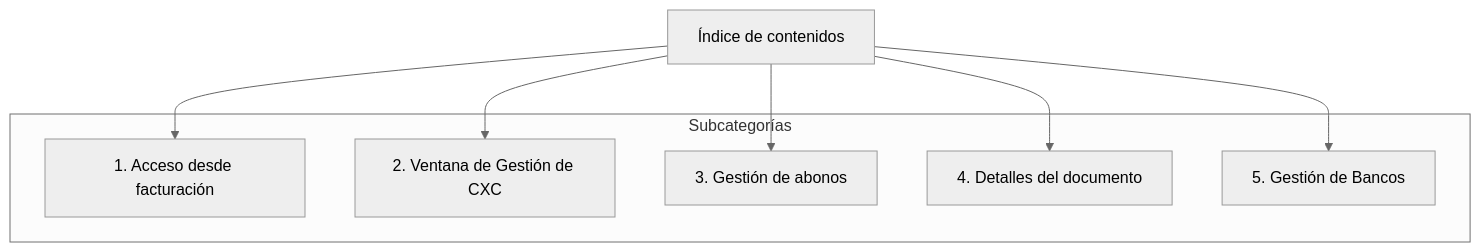
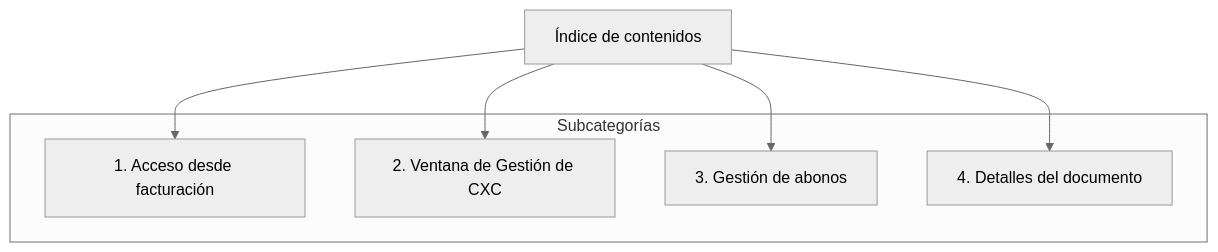
One commit to contaportable/CPDOCS changed the diagram in docs/modulos/facturacion/gestion_cuentas_por_cobrar.md. Above: the diagram before and after it, drawn with Mermaid (neutral theme). The commit also changed other lines of this file and 169 other files, not shown here.

````diff
--- a/docs/modulos/facturacion/gestion_cuentas_por_cobrar.md
+++ b/docs/modulos/facturacion/gestion_cuentas_por_cobrar.md
@@ -6,24 +6,21 @@
     ``` mermaid
     graph TD
       A[Índice de contenidos]:::root
 
       subgraph "Subcategorías"
         B[1. Acceso desde facturación]
         C[2. Ventana de Gestión de CXC]
         D[3. Gestión de abonos]
         E[4. Detalles del documento]
-        F[5. Gestión de Bancos]
       end
 
       A --> B
       A --> C
       A --> D
       A --> E
-      A --> F
 
     click B "#1-acceso-desde-facturacion" "Ir al acceso desde facturación"
     click C "#2-ventana-de-gestion-de-cxc" "Ir a la ventana de gestión de CXC"
     click D "#3-gestion-de-abonos" "Ir a la gestión de abonos"
     click E "#4-detalles-del-documento" "Ir a detalles del documento"
-    click F "#5-gestion-de-bancos" "Ir a la gestión de bancos"
     ```
````
